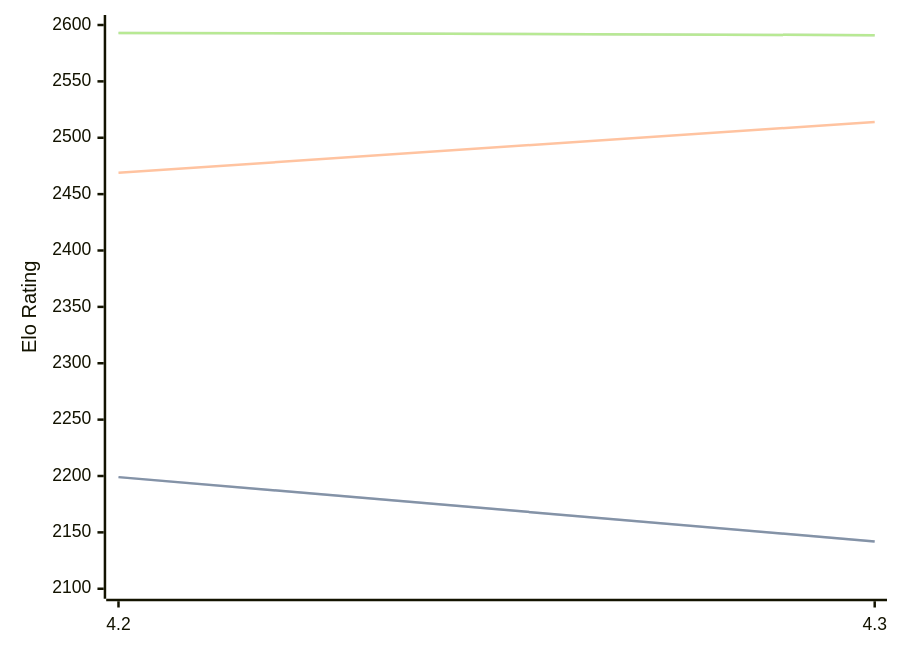
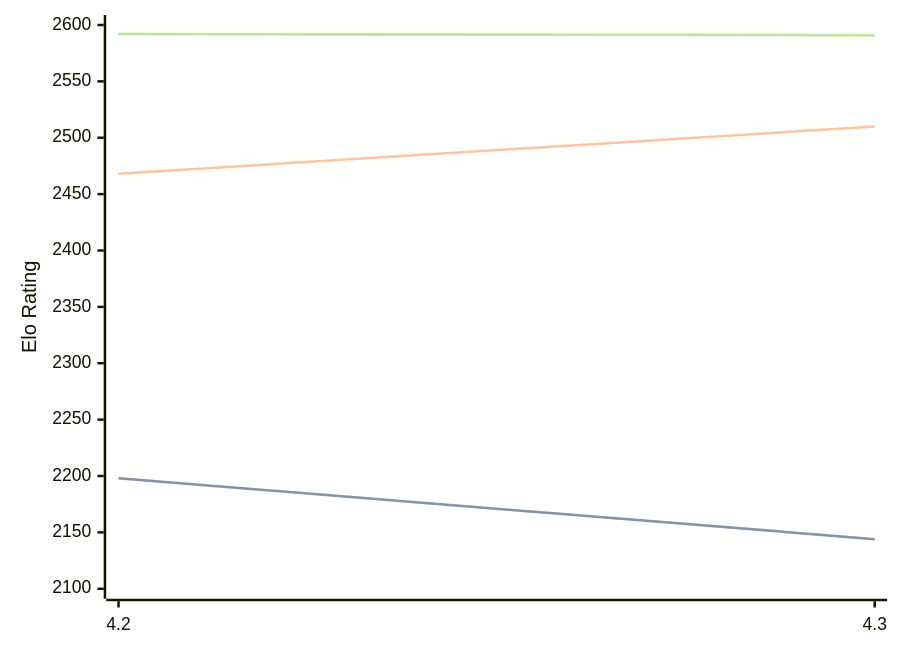
One commit to computer-chess-index/cci changed the diagram in engines/Eubos.md. Above: the diagram before and after it, drawn with Mermaid. The commit also changed other lines of this file, not shown here.

Commit message:
Update CCI Ratings (ELO VLTC) - 2026-03-12

````diff
--- a/engines/Eubos.md
+++ b/engines/Eubos.md
@@ -86,11 +86,11 @@
 ```mermaid
 %%{init: {"theme":"base","themeVariables":{"seriesColors:['#a3a3a3','#222221','#faa371']}}}%%
 xychart-beta
   x-axis ["4.2", "4.3"]
   y-axis "Elo Rating" 2100 --> 2600
-  line "STC (8.0+0.08s)" [2199, 2142]
-  line "STC (8.0+0.08s)" [2199, 2142]
-  line "LTC (60.0+0.60s)" [2469, 2514]
-  line "VLTC (2m24s+1.12s)" [2593, 2591]
-  line "VLTC (2m24s+1.12s)" [2593, 2591]
+  line "STC (8.0+0.08s)" [2198, 2144]
+  line "STC (8.0+0.08s)" [2198, 2144]
+  line "LTC (60.0+0.60s)" [2468, 2510]
+  line "VLTC (2m24s+1.12s)" [2592, 2591]
+  line "VLTC (2m24s+1.12s)" [2592, 2591]
 ```
````
